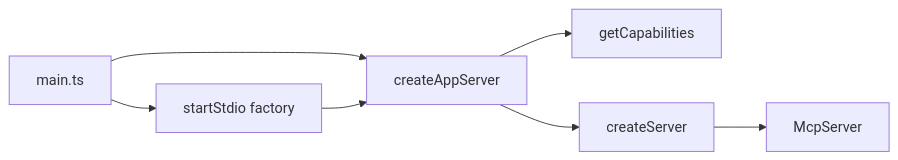
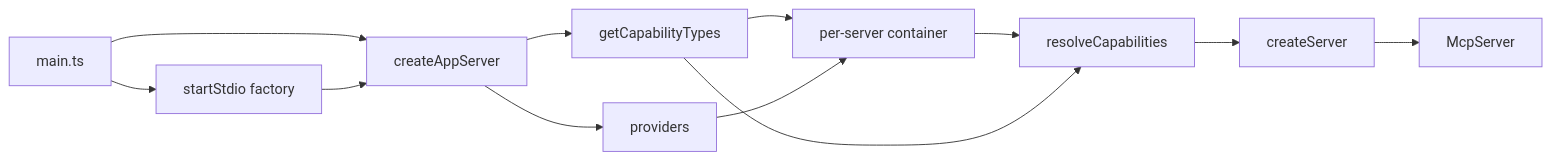
One commit to im4aLL/mcp-starter-kit changed the diagram in PLAN.md. Above: the diagram before and after it, drawn with Mermaid. The commit also changed other lines of this file and 11 other files, not shown here.

````diff
--- a/PLAN.md
+++ b/PLAN.md
@@ -342,9 +440,14 @@
 ```mermaid
 flowchart LR
   main[main.ts] --> factory[createAppServer]
-  factory --> getCaps[getCapabilities]
-  factory --> createServer[createServer]
+  factory --> getTypes[getCapabilityTypes]
+  factory --> providers[providers]
+  getTypes --> container[per-server container]
+  providers --> container
+  container --> resolve[resolveCapabilities]
+  getTypes --> resolve
+  resolve --> createServer[createServer]
   createServer --> mcp[McpServer]
   main --> stdio[startStdio factory]
   stdio --> factory
 ```
````
